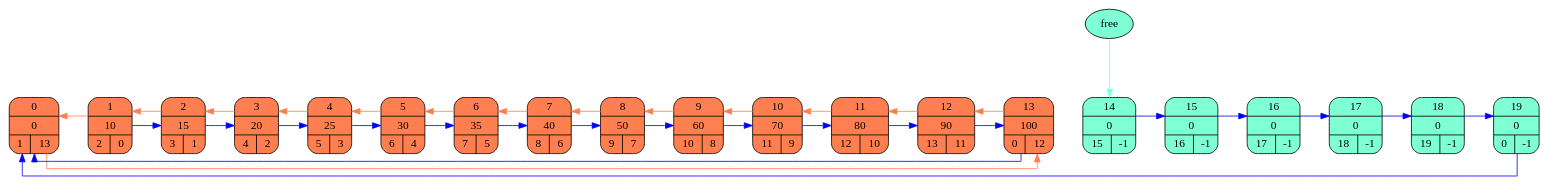
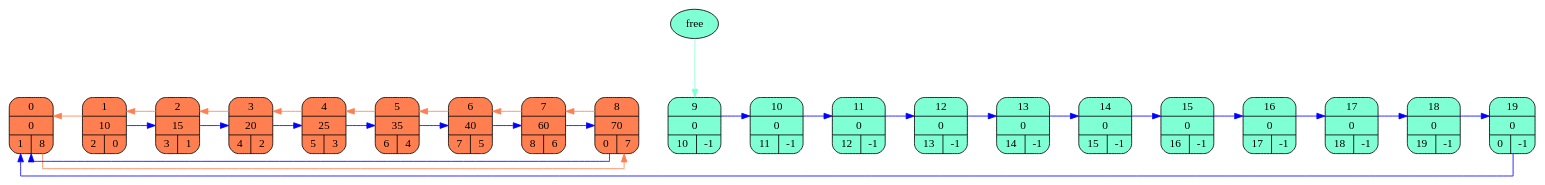
One commit to lizz-kuzz/list changed the diagram in res/graph.dot. Above: the diagram before and after it, drawn with Graphviz. The commit also changed 14 other files, not shown here.

```diff
--- a/res/graph.dot
+++ b/res/graph.dot
@@ -1,86 +1,81 @@
 digraph {
 	
 nodesep = 1
 	splines = ortho
 	node [shape=Mrecord]
 	rankdir=LR
 
-	struct0 [style=filled, fillcolor="#FF7F50", label="0|0|{1|13}"]
+	struct0 [style=filled, fillcolor="#FF7F50", label="0|0|{1|8}"]
 	struct1 [style=filled, fillcolor="#FF7F50", label="1|10|{2|0}"]
 	struct2 [style=filled, fillcolor="#FF7F50", label="2|15|{3|1}"]
 	struct3 [style=filled, fillcolor="#FF7F50", label="3|20|{4|2}"]
 	struct4 [style=filled, fillcolor="#FF7F50", label="4|25|{5|3}"]
-	struct5 [style=filled, fillcolor="#FF7F50", label="5|30|{6|4}"]
-	struct6 [style=filled, fillcolor="#FF7F50", label="6|35|{7|5}"]
-	struct7 [style=filled, fillcolor="#FF7F50", label="7|40|{8|6}"]
-	struct8 [style=filled, fillcolor="#FF7F50", label="8|50|{9|7}"]
-	struct9 [style=filled, fillcolor="#FF7F50", label="9|60|{10|8}"]
-	struct10 [style=filled, fillcolor="#FF7F50", label="10|70|{11|9}"]
-	struct11 [style=filled, fillcolor="#FF7F50", label="11|80|{12|10}"]
-	struct12 [style=filled, fillcolor="#FF7F50", label="12|90|{13|11}"]
-	struct13 [style=filled, fillcolor="#FF7F50", label="13|100|{0|12}"]
+	struct5 [style=filled, fillcolor="#FF7F50", label="5|35|{6|4}"]
+	struct6 [style=filled, fillcolor="#FF7F50", label="6|40|{7|5}"]
+	struct7 [style=filled, fillcolor="#FF7F50", label="7|60|{8|6}"]
+	struct8 [style=filled, fillcolor="#FF7F50", label="8|70|{0|7}"]
+	struct9 [style=filled, fillcolor="#7FFFD4", label="9|0|{10|-1}"]
+	struct10 [style=filled, fillcolor="#7FFFD4", label="10|0|{11|-1}"]
+	struct11 [style=filled, fillcolor="#7FFFD4", label="11|0|{12|-1}"]
+	struct12 [style=filled, fillcolor="#7FFFD4", label="12|0|{13|-1}"]
+	struct13 [style=filled, fillcolor="#7FFFD4", label="13|0|{14|-1}"]
 	struct14 [style=filled, fillcolor="#7FFFD4", label="14|0|{15|-1}"]
 	struct15 [style=filled, fillcolor="#7FFFD4", label="15|0|{16|-1}"]
 	struct16 [style=filled, fillcolor="#7FFFD4", label="16|0|{17|-1}"]
 	struct17 [style=filled, fillcolor="#7FFFD4", label="17|0|{18|-1}"]
 	struct18 [style=filled, fillcolor="#7FFFD4", label="18|0|{19|-1}"]
 	struct19 [style=filled, fillcolor="#7FFFD4", label="19|0|{0|-1}"]
 
 	struct0 -> struct1 [weight=1000, style="invis"] 
 	struct1 -> struct2 [weight=1000, style="invis"] 
 	struct2 -> struct3 [weight=1000, style="invis"] 
 	struct3 -> struct4 [weight=1000, style="invis"] 
 	struct4 -> struct5 [weight=1000, style="invis"] 
 	struct5 -> struct6 [weight=1000, style="invis"] 
 	struct6 -> struct7 [weight=1000, style="invis"] 
 	struct7 -> struct8 [weight=1000, style="invis"] 
 	struct8 -> struct9 [weight=1000, style="invis"] 
 	struct9 -> struct10 [weight=1000, style="invis"] 
 	struct10 -> struct11 [weight=1000, style="invis"] 
 	struct11 -> struct12 [weight=1000, style="invis"] 
 	struct12 -> struct13 [weight=1000, style="invis"] 
 	struct13 -> struct14 [weight=1000, style="invis"] 
 	struct14 -> struct15 [weight=1000, style="invis"] 
 	struct15 -> struct16 [weight=1000, style="invis"] 
 	struct16 -> struct17 [weight=1000, style="invis"] 
 	struct17 -> struct18 [weight=1000, style="invis"] 
 	struct18 -> struct19 [weight=1000, style="invis"] 
 
-	struct0 -> struct13 [color="#FF7F50", constraint=fasle] 
+	struct0 -> struct8 [color="#FF7F50", constraint=fasle] 
 	struct1 -> struct0 [color="#FF7F50", constraint=fasle] 
 	struct2 -> struct1 [color="#FF7F50", constraint=fasle] 
 	struct3 -> struct2 [color="#FF7F50", constraint=fasle] 
 	struct4 -> struct3 [color="#FF7F50", constraint=fasle] 
 	struct5 -> struct4 [color="#FF7F50", constraint=fasle] 
 	struct6 -> struct5 [color="#FF7F50", constraint=fasle] 
 	struct7 -> struct6 [color="#FF7F50", constraint=fasle] 
 	struct8 -> struct7 [color="#FF7F50", constraint=fasle] 
-	struct9 -> struct8 [color="#FF7F50", constraint=fasle] 
-	struct10 -> struct9 [color="#FF7F50", constraint=fasle] 
-	struct11 -> struct10 [color="#FF7F50", constraint=fasle] 
-	struct12 -> struct11 [color="#FF7F50", constraint=fasle] 
-	struct13 -> struct12 [color="#FF7F50", constraint=fasle] 
 
 	struct1 -> struct2 [color="blue", constraint=fasle]
 	struct2 -> struct3 [color="blue", constraint=fasle]
 	struct3 -> struct4 [color="blue", constraint=fasle]
 	struct4 -> struct5 [color="blue", constraint=fasle]
 	struct5 -> struct6 [color="blue", constraint=fasle]
 	struct6 -> struct7 [color="blue", constraint=fasle]
 	struct7 -> struct8 [color="blue", constraint=fasle]
-	struct8 -> struct9 [color="blue", constraint=fasle]
+	struct8 -> struct0 [color="blue", constraint=fasle]
 	struct9 -> struct10 [color="blue", constraint=fasle]
 	struct10 -> struct11 [color="blue", constraint=fasle]
 	struct11 -> struct12 [color="blue", constraint=fasle]
 	struct12 -> struct13 [color="blue", constraint=fasle]
-	struct13 -> struct0 [color="blue", constraint=fasle]
+	struct13 -> struct14 [color="blue", constraint=fasle]
 	struct14 -> struct15 [color="blue", constraint=fasle]
 	struct15 -> struct16 [color="blue", constraint=fasle]
 	struct16 -> struct17 [color="blue", constraint=fasle]
 	struct17 -> struct18 [color="blue", constraint=fasle]
 	struct18 -> struct19 [color="blue", constraint=fasle]
 	struct19 -> struct0 [color="blue", constraint=fasle]
 
 	free [shape=oval, style=filled, fillcolor="#7FFFD4"]
-	free -> struct14 [color="#7FFFD4"] {rank = same; free; struct14;};
+	free -> struct9 [color="#7FFFD4"] {rank = same; free; struct9;};
 }
```
